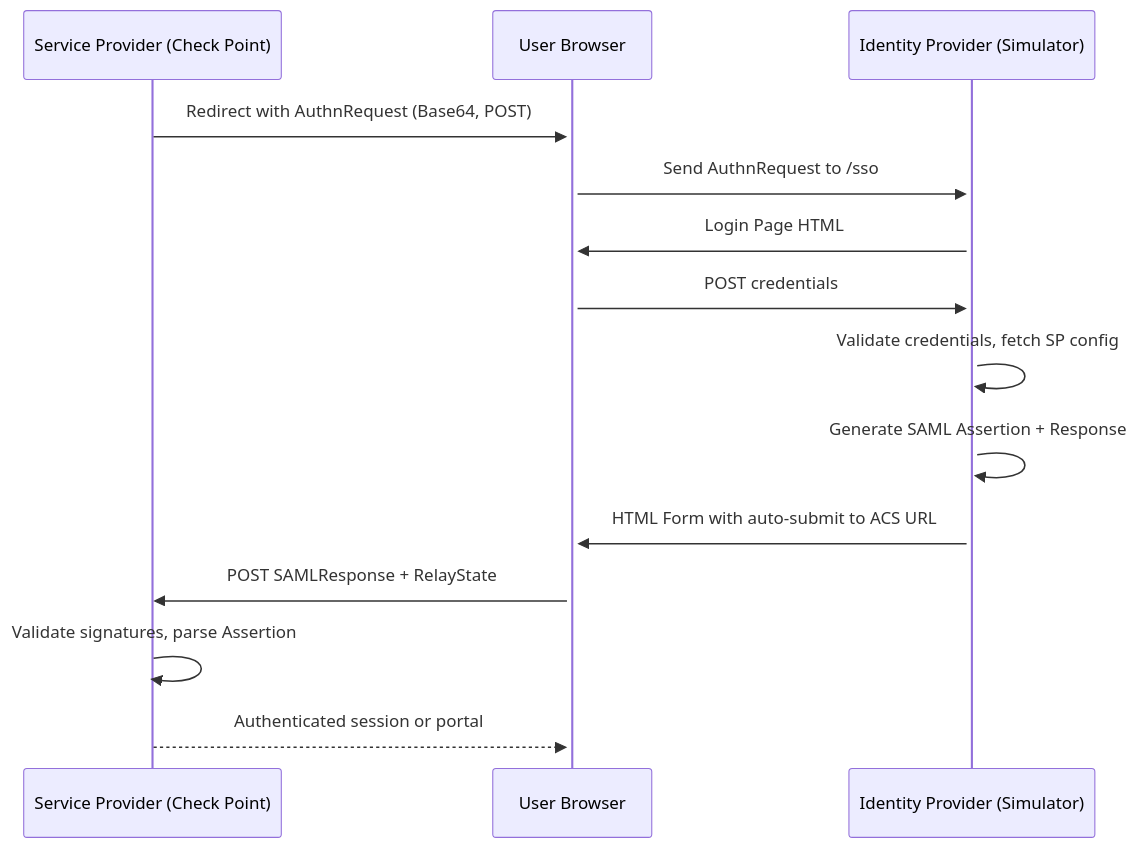
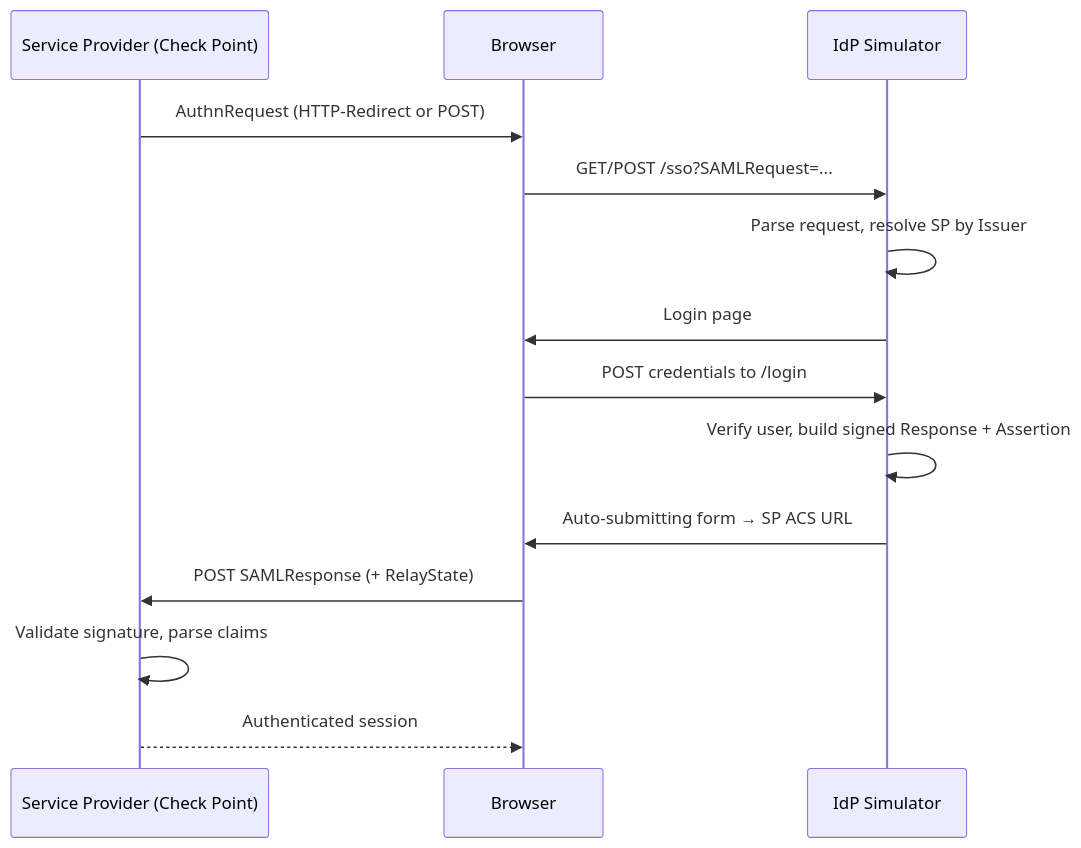
The diagram in README.MD (alshawwaf/SAML_IDP_Simulator), drawn with Mermaid before and after one commit. The commit also changed other lines of this file, not shown here.

````diff
--- a/README.MD
+++ b/README.MD
@@ -190,17 +154,17 @@
 ```mermaid
 sequenceDiagram
     participant SP as Service Provider (Check Point)
-    participant Browser as User Browser
-    participant IdP as Identity Provider (Simulator)
+    participant Browser
+    participant IdP as IdP Simulator
 
-    SP->>+Browser: Redirect with AuthnRequest (Base64, POST)
-    Browser->>+IdP: Send AuthnRequest to /sso
-    IdP->>Browser: Login Page HTML
-    Browser->>IdP: POST credentials
-    IdP->>IdP: Validate credentials, fetch SP config
-    IdP->>IdP: Generate SAML Assertion + Response
-    IdP->>Browser: HTML Form with auto-submit to ACS URL
-    Browser->>SP: POST SAMLResponse + RelayState
-    SP->>SP: Validate signatures, parse Assertion
-    SP-->>Browser: Authenticated session or portal
+    SP->>Browser: AuthnRequest (HTTP-Redirect or POST)
+    Browser->>IdP: GET/POST /sso?SAMLRequest=...
+    IdP->>IdP: Parse request, resolve SP by Issuer
+    IdP->>Browser: Login page
+    Browser->>IdP: POST credentials to /login
+    IdP->>IdP: Verify user, build signed Response + Assertion
+    IdP->>Browser: Auto-submitting form → SP ACS URL
+    Browser->>SP: POST SAMLResponse (+ RelayState)
+    SP->>SP: Validate signature, parse claims
+    SP-->>Browser: Authenticated session
 ```
````
